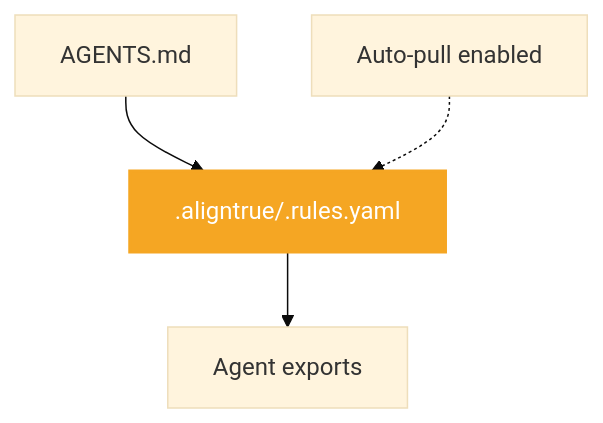
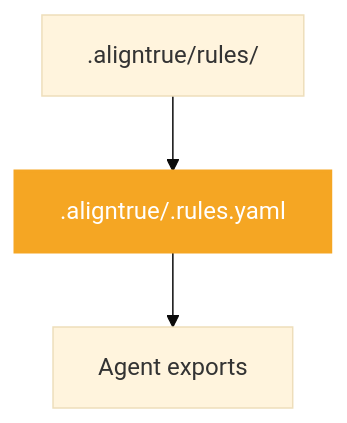
Before and after one commit to AlignTrue/aligntrue-sync: the first of 2 diagrams in apps/docs/content/00-getting-started/02-solo-vs-team-mode.md, drawn with Mermaid (base theme). The commit also changed other lines of this file and 45 other files, not shown here.

First line of the commit message:
docs: Update documentation for unidirectional sync architecture

````diff
--- a/apps/docs/content/00-getting-started/02-solo-vs-team-mode.md
+++ b/apps/docs/content/00-getting-started/02-solo-vs-team-mode.md
@@ -41,8 +40,7 @@
 ```mermaid
 graph TD
-    S1[AGENTS.md] --> S2[.aligntrue/.rules.yaml]
+    S1[.aligntrue/rules/] --> S2[.aligntrue/.rules.yaml]
     S2 --> S3[Agent exports]
-    S4[Auto-pull enabled] -.-> S2
 
     style S2 fill:#F5A623,stroke:#F5A623,color:#fff,stroke-width:2px
 ```
````
